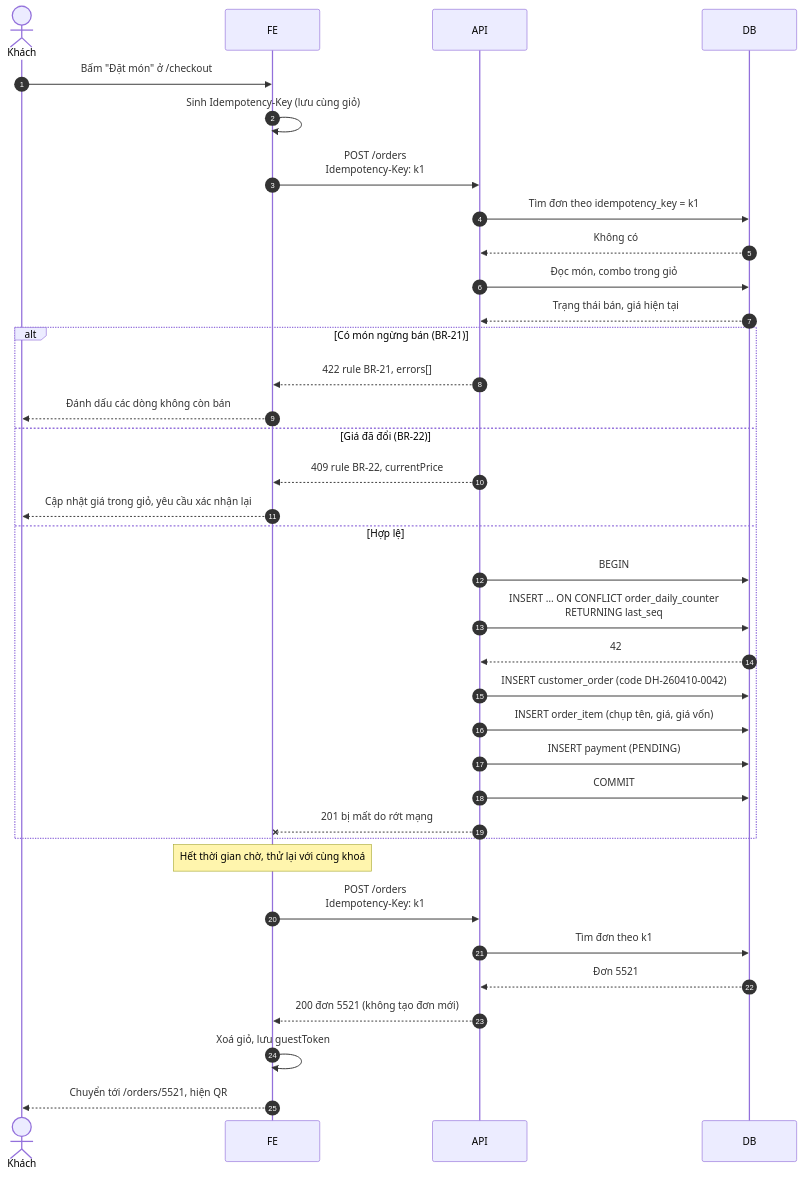
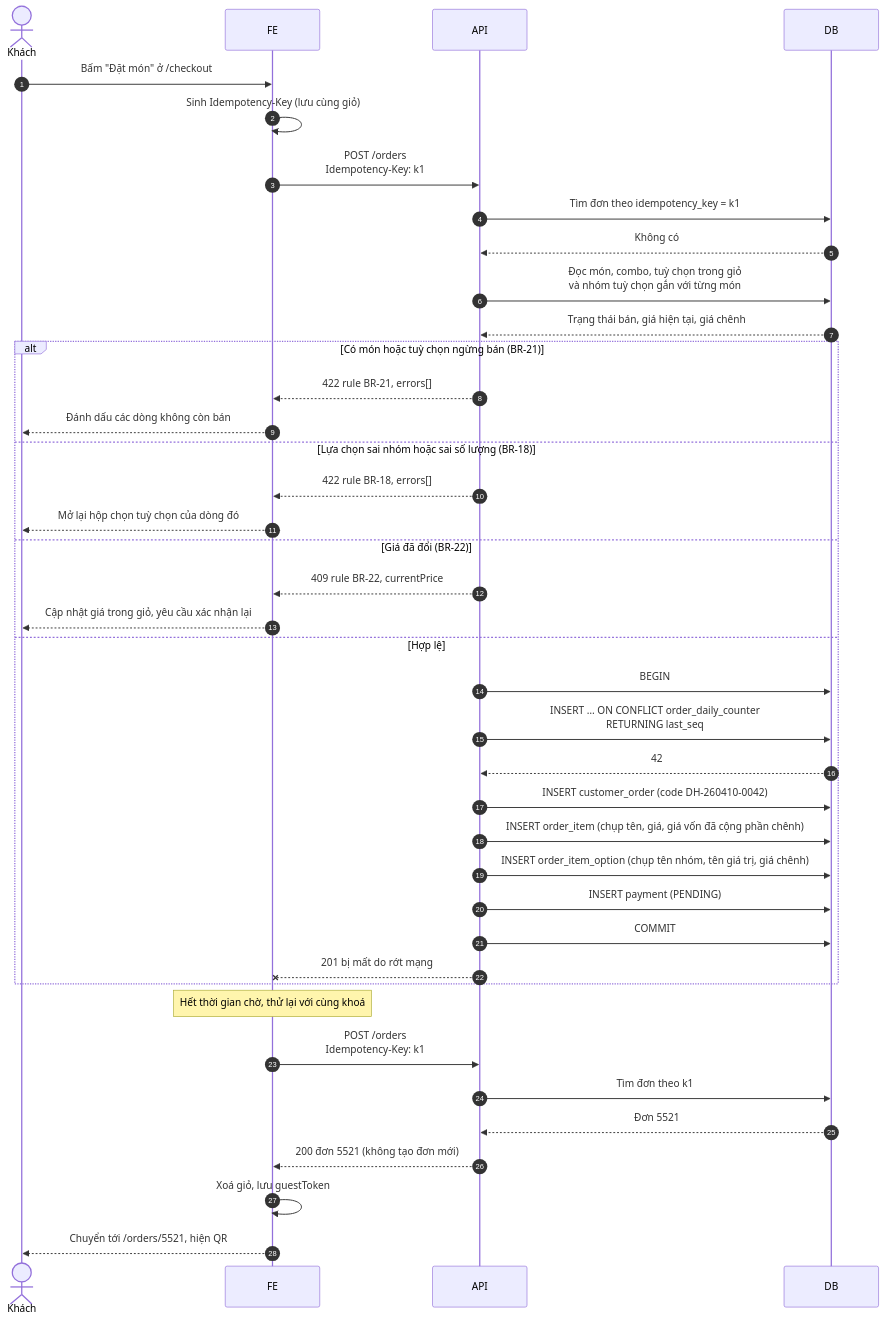
One commit to ThanhQuy-wolf/Coffee-Shop-Backup changed the first of 7 diagrams in docs/07-sequence.md. Above: the diagram before and after it, drawn with Mermaid. The commit also changed 31 other files, not shown here.

````diff
--- a/docs/07-sequence.md
+++ b/docs/07-sequence.md
@@ -15,41 +15,45 @@
 ```mermaid
 sequenceDiagram
     autonumber
     actor K as Khách
     participant FE
     participant API
     participant DB
 
     K->>FE: Bấm "Đặt món" ở /checkout
     FE->>FE: Sinh Idempotency-Key (lưu cùng giỏ)
     FE->>API: POST /orders<br/>Idempotency-Key: k1
     API->>DB: Tìm đơn theo idempotency_key = k1
     DB-->>API: Không có
-    API->>DB: Đọc món, combo trong giỏ
-    DB-->>API: Trạng thái bán, giá hiện tại
+    API->>DB: Đọc món, combo, tuỳ chọn trong giỏ<br/>và nhóm tuỳ chọn gắn với từng món
+    DB-->>API: Trạng thái bán, giá hiện tại, giá chênh
 
-    alt Có món ngừng bán (BR-21)
+    alt Có món hoặc tuỳ chọn ngừng bán (BR-21)
         API-->>FE: 422 rule BR-21, errors[]
         FE-->>K: Đánh dấu các dòng không còn bán
+    else Lựa chọn sai nhóm hoặc sai số lượng (BR-18)
+        API-->>FE: 422 rule BR-18, errors[]
+        FE-->>K: Mở lại hộp chọn tuỳ chọn của dòng đó
     else Giá đã đổi (BR-22)
         API-->>FE: 409 rule BR-22, currentPrice
         FE-->>K: Cập nhật giá trong giỏ, yêu cầu xác nhận lại
     else Hợp lệ
         API->>DB: BEGIN
         API->>DB: INSERT … ON CONFLICT order_daily_counter<br/>RETURNING last_seq
         DB-->>API: 42
         API->>DB: INSERT customer_order (code DH-260410-0042)
-        API->>DB: INSERT order_item (chụp tên, giá, giá vốn)
+        API->>DB: INSERT order_item (chụp tên, giá, giá vốn đã cộng phần chênh)
+        API->>DB: INSERT order_item_option (chụp tên nhóm, tên giá trị, giá chênh)
         API->>DB: INSERT payment (PENDING)
         API->>DB: COMMIT
         API--xFE: 201 bị mất do rớt mạng
     end
 
     Note over FE: Hết thời gian chờ, thử lại với cùng khoá
     FE->>API: POST /orders<br/>Idempotency-Key: k1
     API->>DB: Tìm đơn theo k1
     DB-->>API: Đơn 5521
     API-->>FE: 200 đơn 5521 (không tạo đơn mới)
     FE->>FE: Xoá giỏ, lưu guestToken
     FE-->>K: Chuyển tới /orders/5521, hiện QR
 ```
````
